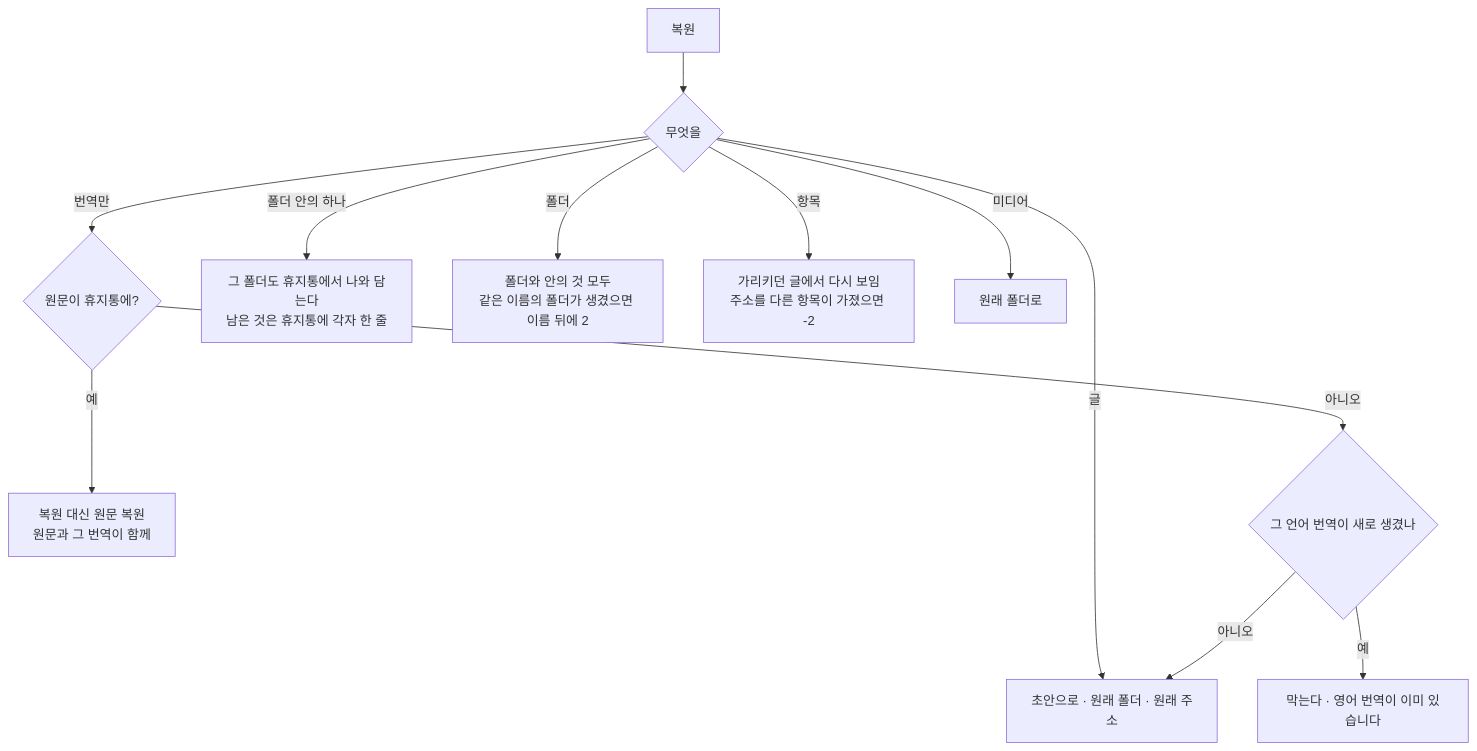
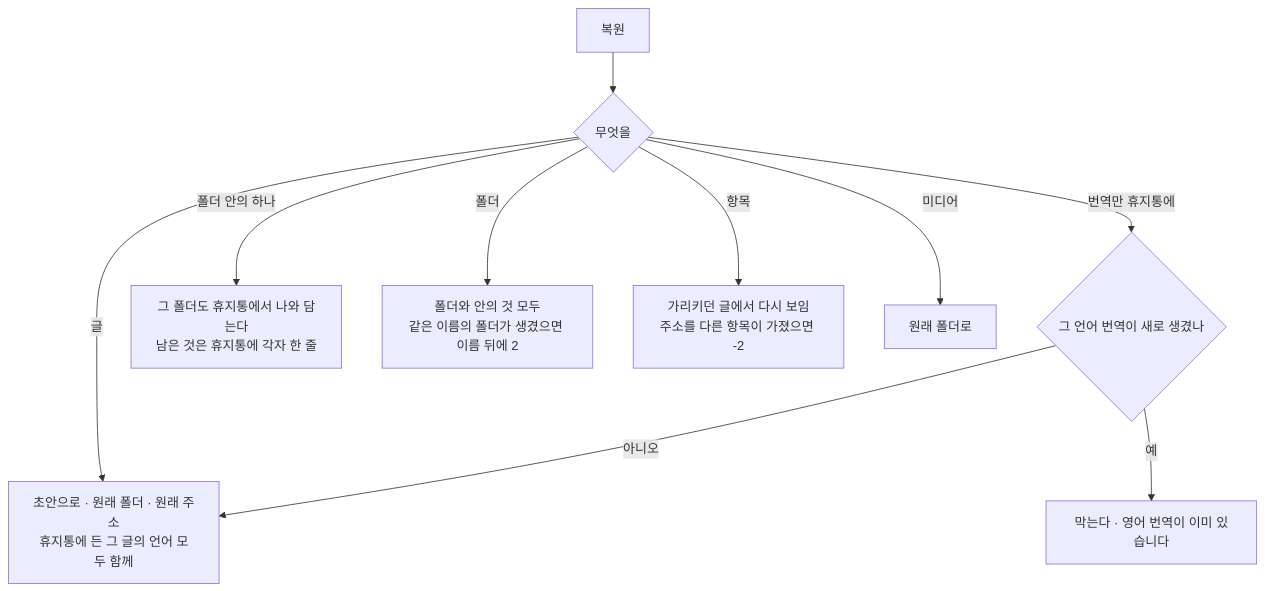
One commit to monti-cms/monti changed the second of 2 diagrams in docs/design/features/11-trash.md. Above: the diagram before and after it, drawn with Mermaid. The commit also changed other lines of this file and 9 other files, not shown here.

````diff
--- a/docs/design/features/11-trash.md
+++ b/docs/design/features/11-trash.md
@@ -74,14 +75,12 @@
 ```mermaid
 flowchart TD
   R["복원"] --> K{"무엇을"}
-  K -->|글| D["초안으로 · 원래 폴더 · 원래 주소"]
-  K -->|번역만| S{"원문이 휴지통에?"}
-  S -->|예| SR["복원 대신 원문 복원<br/>원문과 그 번역이 함께"]
-  S -->|아니오| T{"그 언어 번역이 새로 생겼나"}
+  K -->|글| D["초안으로 · 원래 폴더 · 원래 주소<br/>휴지통에 든 그 글의 언어 모두 함께"]
+  K -->|번역만 휴지통에| T{"그 언어 번역이 새로 생겼나"}
   T -->|예| X["막는다 · 영어 번역이 이미 있습니다"]
   T -->|아니오| D
   K -->|폴더 안의 하나| F["그 폴더도 휴지통에서 나와 담는다<br/>남은 것은 휴지통에 각자 한 줄"]
   K -->|폴더| FA["폴더와 안의 것 모두<br/>같은 이름의 폴더가 생겼으면 이름 뒤에 2"]
   K -->|항목| I["가리키던 글에서 다시 보임<br/>주소를 다른 항목이 가졌으면 -2"]
   K -->|미디어| M["원래 폴더로"]
 ```
````
